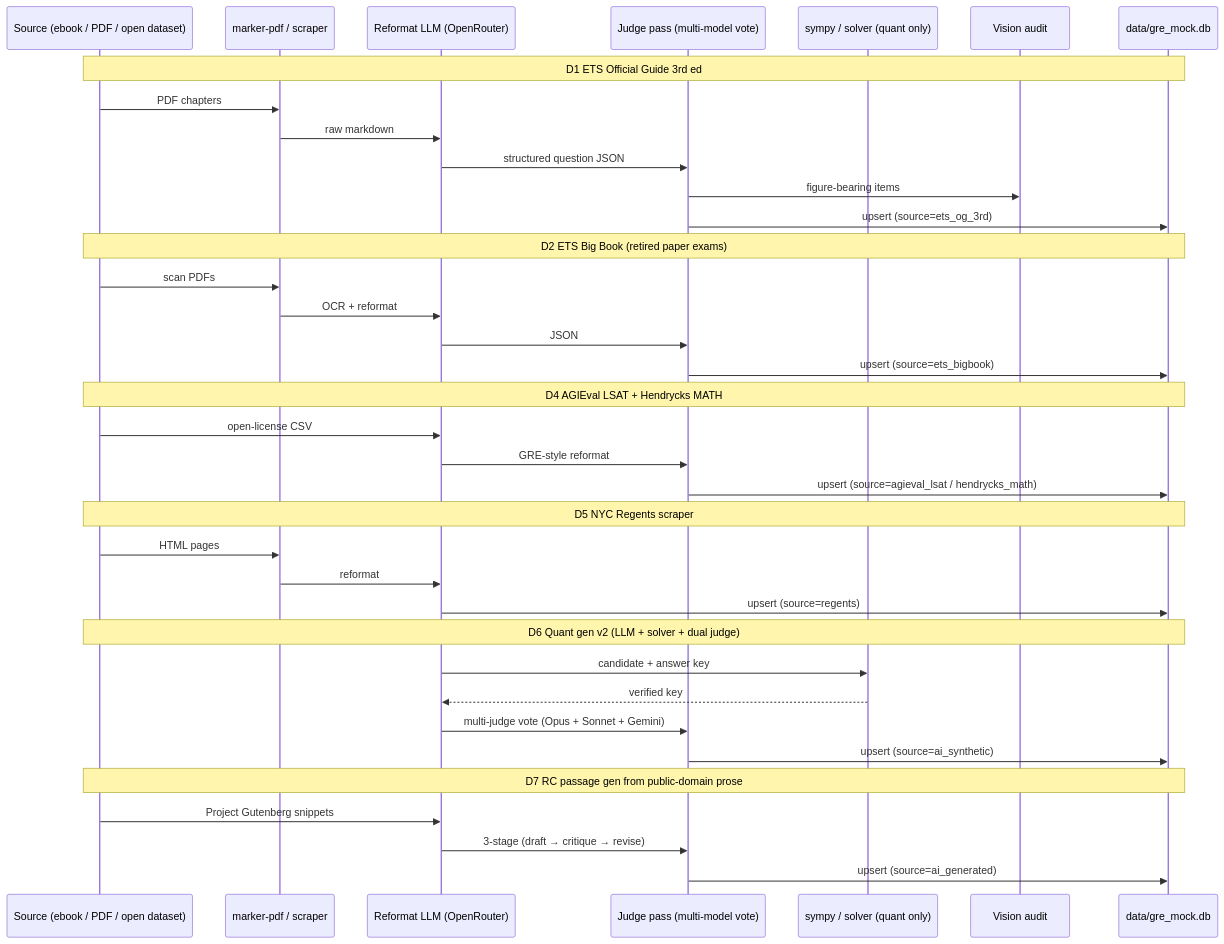
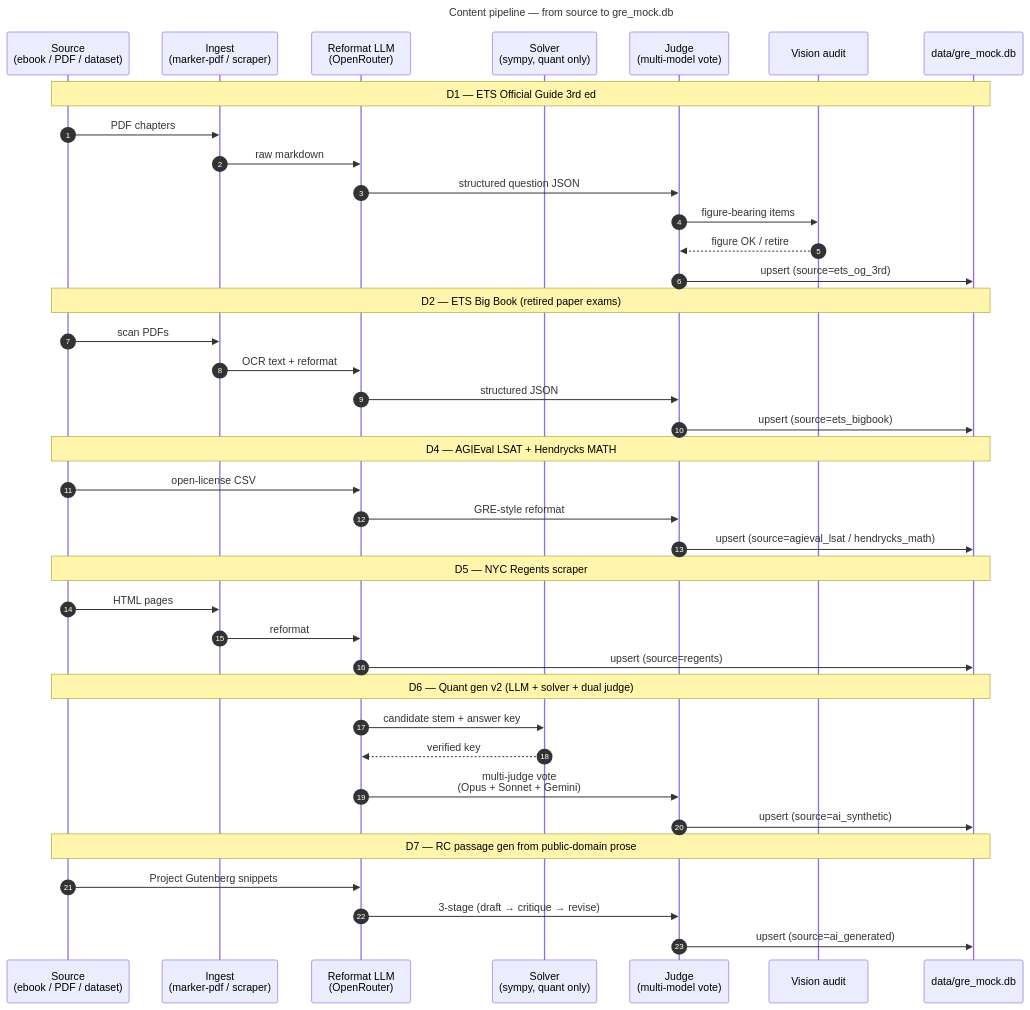
The sixth of 6 diagrams in README.md (badalpardhi12/gre_with_ai), drawn with Mermaid before and after one commit. The commit also changed other lines of this file, not shown here.

Commit message:
Refine README Mermaid diagrams per mermaid-diagrams skill (vertical + focused)

````diff
--- a/README.md
+++ b/README.md
@@ -148,44 +245,49 @@
 ```mermaid
+---
+title: Content pipeline — from source to gre_mock.db
+---
 sequenceDiagram
-  participant Book as Source (ebook / PDF / open dataset)
-  participant Marker as marker-pdf / scraper
-  participant LLM as Reformat LLM (OpenRouter)
-  participant Judge as Judge pass (multi-model vote)
-  participant Solver as sympy / solver (quant only)
-  participant Vision as Vision audit
+  autonumber
+  participant Src as Source<br/>(ebook / PDF / dataset)
+  participant Ing as Ingest<br/>(marker-pdf / scraper)
+  participant Fmt as Reformat LLM<br/>(OpenRouter)
+  participant Slv as Solver<br/>(sympy, quant only)
+  participant Jud as Judge<br/>(multi-model vote)
+  participant Vis as Vision audit
   participant DB as data/gre_mock.db
 
-  Note over Book,DB: D1 ETS Official Guide 3rd ed
-  Book->>Marker: PDF chapters
-  Marker->>LLM: raw markdown
-  LLM->>Judge: structured question JSON
-  Judge->>Vision: figure-bearing items
-  Judge->>DB: upsert (source=ets_og_3rd)
+  Note over Src,DB: D1 — ETS Official Guide 3rd ed
+  Src->>Ing: PDF chapters
+  Ing->>Fmt: raw markdown
+  Fmt->>Jud: structured question JSON
+  Jud->>Vis: figure-bearing items
+  Vis-->>Jud: figure OK / retire
+  Jud->>DB: upsert (source=ets_og_3rd)
 
-  Note over Book,DB: D2 ETS Big Book (retired paper exams)
-  Book->>Marker: scan PDFs
-  Marker->>LLM: OCR + reformat
-  LLM->>Judge: JSON
-  Judge->>DB: upsert (source=ets_bigbook)
+  Note over Src,DB: D2 — ETS Big Book (retired paper exams)
+  Src->>Ing: scan PDFs
+  Ing->>Fmt: OCR text + reformat
+  Fmt->>Jud: structured JSON
+  Jud->>DB: upsert (source=ets_bigbook)
 
-  Note over Book,DB: D4 AGIEval LSAT + Hendrycks MATH
-  Book->>LLM: open-license CSV
-  LLM->>Judge: GRE-style reformat
-  Judge->>DB: upsert (source=agieval_lsat / hendrycks_math)
+  Note over Src,DB: D4 — AGIEval LSAT + Hendrycks MATH
+  Src->>Fmt: open-license CSV
+  Fmt->>Jud: GRE-style reformat
+  Jud->>DB: upsert (source=agieval_lsat / hendrycks_math)
 
-  Note over Book,DB: D5 NYC Regents scraper
-  Book->>Marker: HTML pages
-  Marker->>LLM: reformat
-  LLM->>DB: upsert (source=regents)
+  Note over Src,DB: D5 — NYC Regents scraper
+  Src->>Ing: HTML pages
+  Ing->>Fmt: reformat
+  Fmt->>DB: upsert (source=regents)
 
-  Note over Book,DB: D6 Quant gen v2 (LLM + solver + dual judge)
-  LLM->>Solver: candidate + answer key
-  Solver-->>LLM: verified key
-  LLM->>Judge: multi-judge vote (Opus + Sonnet + Gemini)
-  Judge->>DB: upsert (source=ai_synthetic)
+  Note over Src,DB: D6 — Quant gen v2 (LLM + solver + dual judge)
+  Fmt->>Slv: candidate stem + answer key
+  Slv-->>Fmt: verified key
+  Fmt->>Jud: multi-judge vote<br/>(Opus + Sonnet + Gemini)
+  Jud->>DB: upsert (source=ai_synthetic)
 
-  Note over Book,DB: D7 RC passage gen from public-domain prose
-  Book->>LLM: Project Gutenberg snippets
-  LLM->>Judge: 3-stage (draft → critique → revise)
-  Judge->>DB: upsert (source=ai_generated)
+  Note over Src,DB: D7 — RC passage gen from public-domain prose
+  Src->>Fmt: Project Gutenberg snippets
+  Fmt->>Jud: 3-stage (draft → critique → revise)
+  Jud->>DB: upsert (source=ai_generated)
 ```
````
